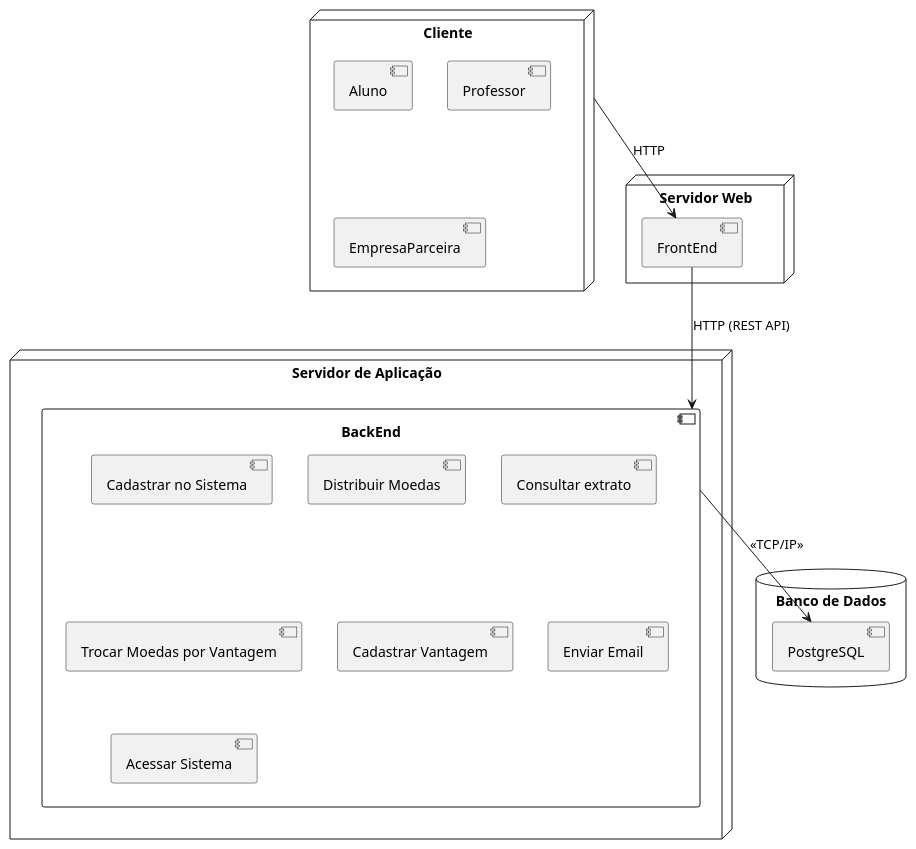
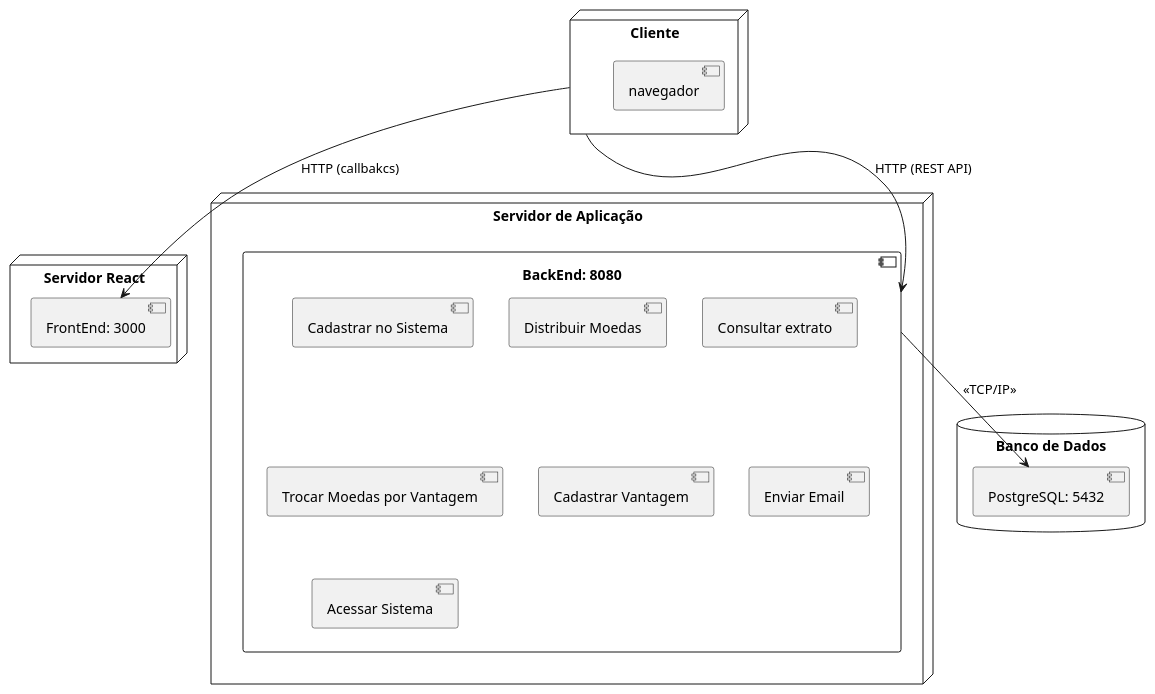
One commit to JoaoYM/Lab03_LDS changed the diagram in projeto/Diagrama de Implantacao/Diagrama_de_Implantacao.puml. Above: the diagram before and after it, drawn with PlantUML. The commit also changed 2 other files, not shown here.

Commit message:
Diagramas corrigidos

```diff
--- a/projeto/Diagrama de Implantacao/Diagrama_de_Implantacao.puml
+++ b/projeto/Diagrama de Implantacao/Diagrama_de_Implantacao.puml
@@ -1,32 +1,31 @@
 @startuml
-node "Servidor Web" {
-    [FrontEnd]
+node "Servidor React" {
+    [FrontEnd: 3000] as FrontEnd
 }
 
 node "Servidor de Aplicação" {
+    [BackEnd: 8080] as BackEnd
     component [BackEnd] {
         [Cadastrar no Sistema]
         [Distribuir Moedas]
         [Consultar extrato]
         [Trocar Moedas por Vantagem]
         [Cadastrar Vantagem]
         [Enviar Email]
         [Acessar Sistema]
     }
 }
 
 database "Banco de Dados" {
-    [PostgreSQL]
+    [PostgreSQL: 5432] as PostgreSQL
 }
 
 node "Cliente" {
-    [Aluno]
-    [Professor]
-    [EmpresaParceira]
+    [navegador]
 }
 
-[Cliente] --> [FrontEnd] : HTTP
-[FrontEnd] --> [BackEnd] : HTTP (REST API)
+[Cliente] --> [FrontEnd] : HTTP (callbakcs)
+[Cliente] --> [BackEnd] : HTTP (REST API)
 [BackEnd] --> [PostgreSQL] : <<TCP/IP>>
 
 @enduml
```
